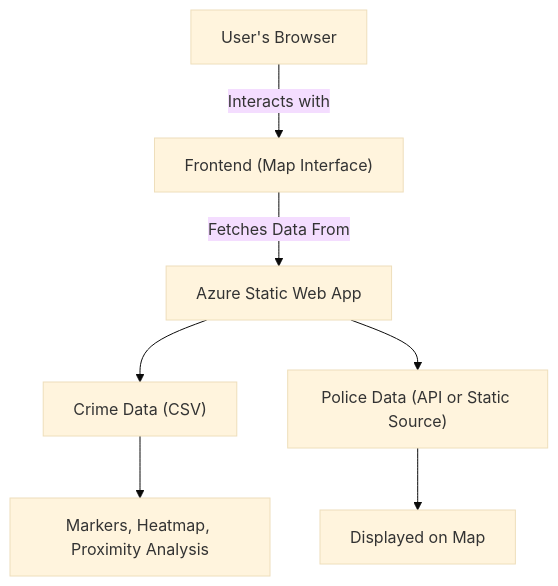
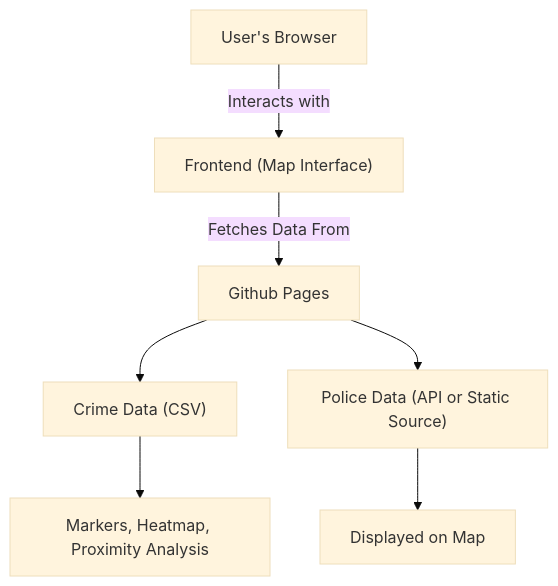
One commit to LinaYorda/uk-police-stop-check changed the diagram in README.md. Above: the diagram before and after it, drawn with Mermaid (base theme). The commit also changed other lines of this file, not shown here.

````diff
--- a/README.md
+++ b/README.md
@@ -42,9 +42,9 @@
 ```mermaid
 graph TD
     A["User's Browser"] -->|"Interacts with"| B["Frontend (Map Interface)"]
-    B -->|"Fetches Data From"| C["Azure Static Web App"]
+    B -->|"Fetches Data From"| C["Github Pages"]
     C --> D["Crime Data (CSV)"]
     C --> E["Police Data (API or Static Source)"]
     D --> F["Markers, Heatmap, Proximity Analysis"]
     E --> G["Displayed on Map"]
 ```
````
